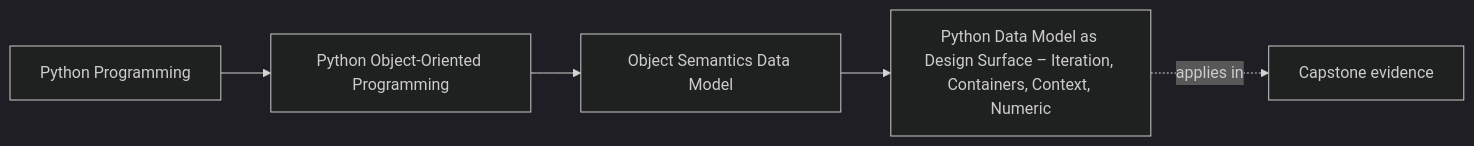
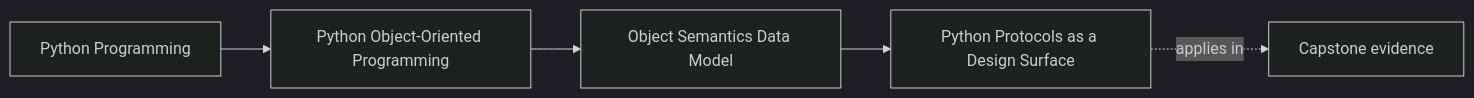
One commit to bijux/bijux-masterclass changed the first of 2 diagrams in programs/python-programming/python-object-oriented-programming/course-book/module-01-object-semantics-data-model/python-data-model-as-design-surface.md. Above: the diagram before and after it, drawn with Mermaid (dark theme). The commit also changed other lines of this file, not shown here.

Commit message:
docs(oop): treat protocols as meaning-bearing choices

````diff
--- a/programs/python-programming/python-object-oriented-programming/course-book/module-01-object-semantics-data-model/python-data-model-as-design-surface.md
+++ b/programs/python-programming/python-object-oriented-programming/course-book/module-01-object-semantics-data-model/python-data-model-as-design-surface.md
@@ -7,11 +6,11 @@
 ```mermaid
 graph LR
   family["Python Programming"]
   program["Python Object-Oriented Programming"]
   section["Object Semantics Data Model"]
-  page["Python Data Model as Design Surface – Iteration, Containers, Context, Numeric"]
+  page["Python Protocols as a Design Surface"]
   capstone["Capstone evidence"]
 
   family --> program --> section --> page
   page -.applies in.-> capstone
 ```
````
